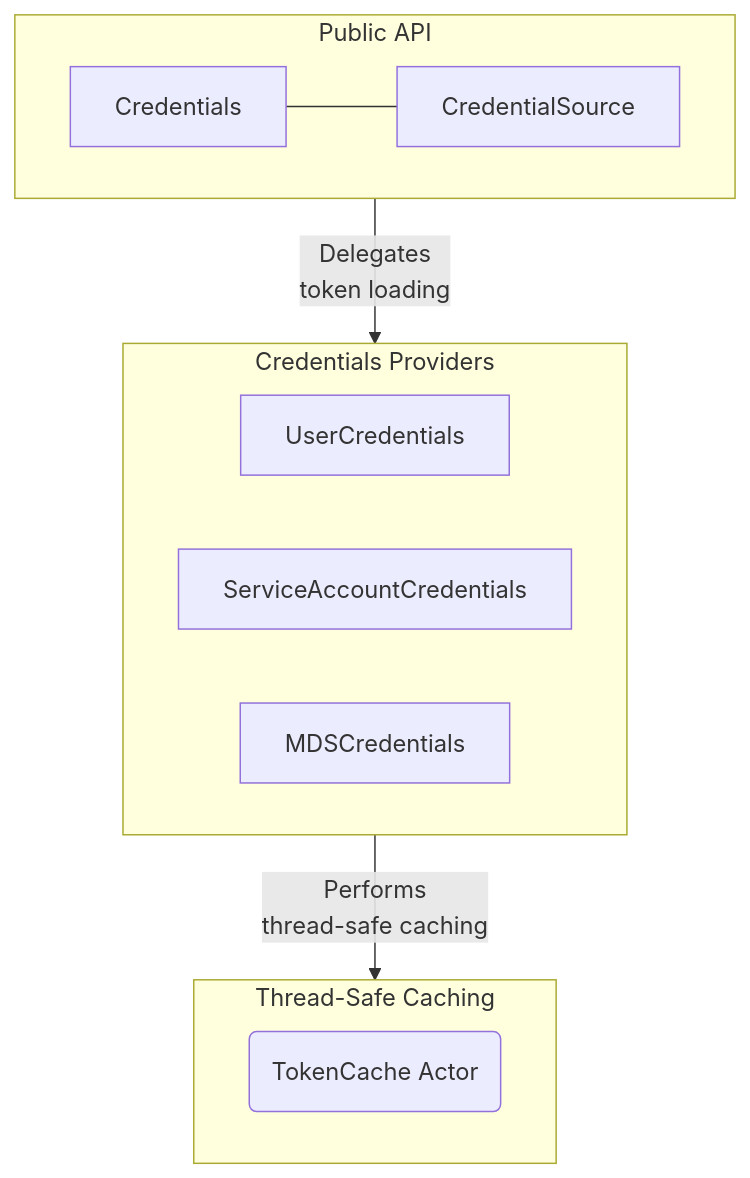
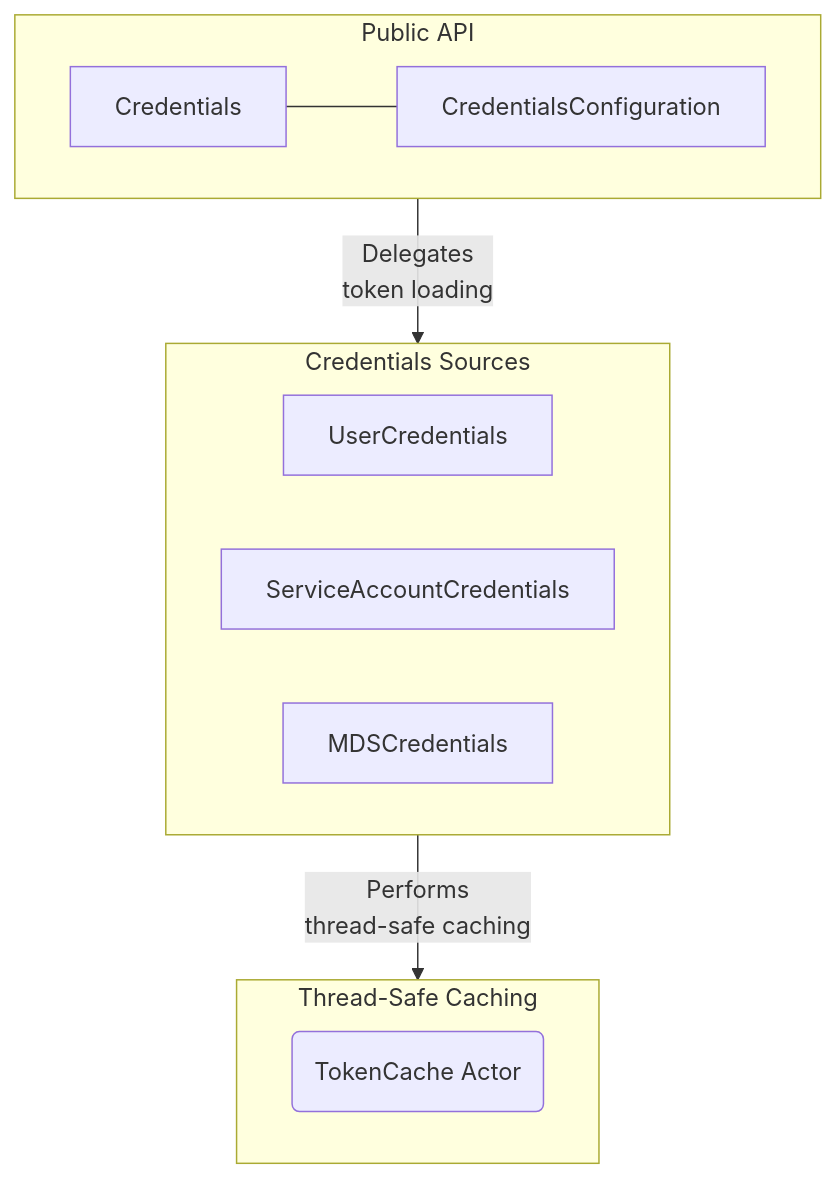
One commit to chingor13/google-cloud-swift changed the diagram in packages/auth/docs/DESIGN.md. Above: the diagram before and after it, drawn with Mermaid. The commit also changed other lines of this file, not shown here.

````diff
--- a/packages/auth/docs/DESIGN.md
+++ b/packages/auth/docs/DESIGN.md
@@ -157,19 +157,19 @@
 ```mermaid
 graph TD
     subgraph PublicAPI ["Public API"]
-        A[Credentials] --- B[CredentialSource]
+        A[Credentials] --- B[CredentialsConfiguration]
     end
 
-    subgraph InternalImpls ["Credentials Providers"]
+    subgraph InternalImpls ["Credentials Sources"]
         C[UserCredentials]
         D[ServiceAccountCredentials]
         E[MDSCredentials]
     end
 
     subgraph Caching ["Thread-Safe Caching"]
         G("TokenCache Actor")
     end
 
     PublicAPI -->|Delegates<br/>token loading| InternalImpls
     InternalImpls -->|Performs<br/>thread-safe caching| Caching
 ```
````
